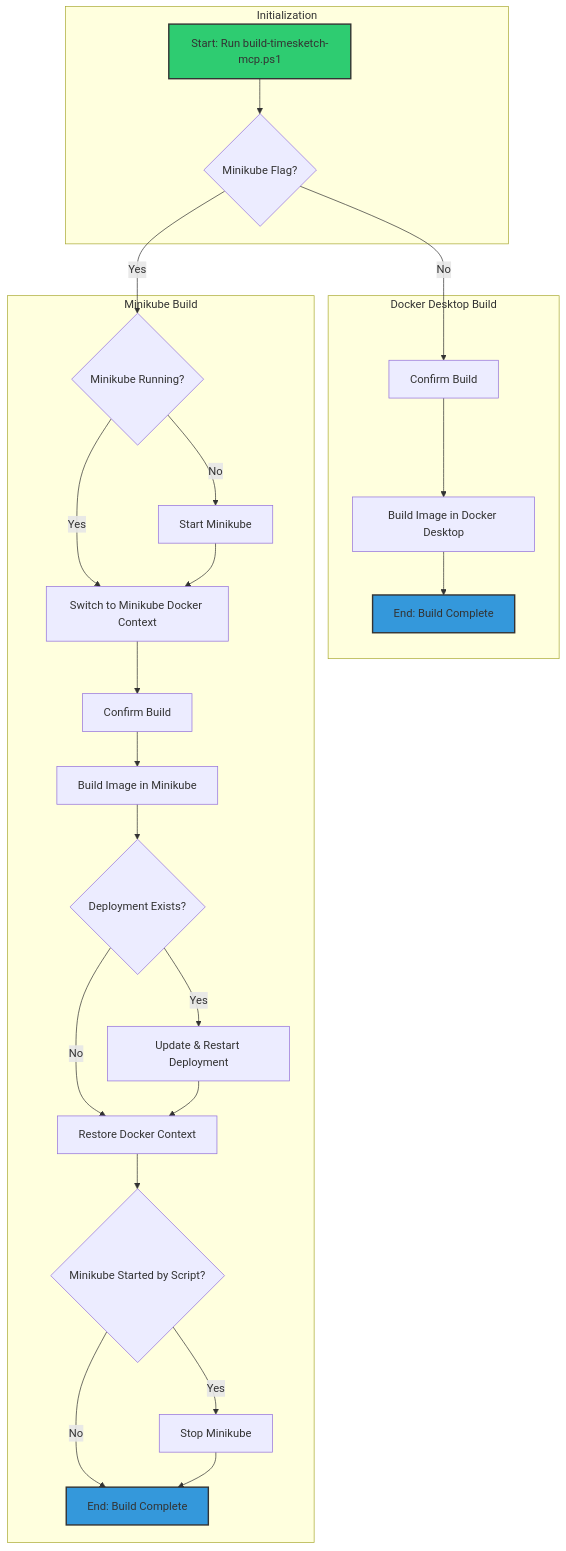
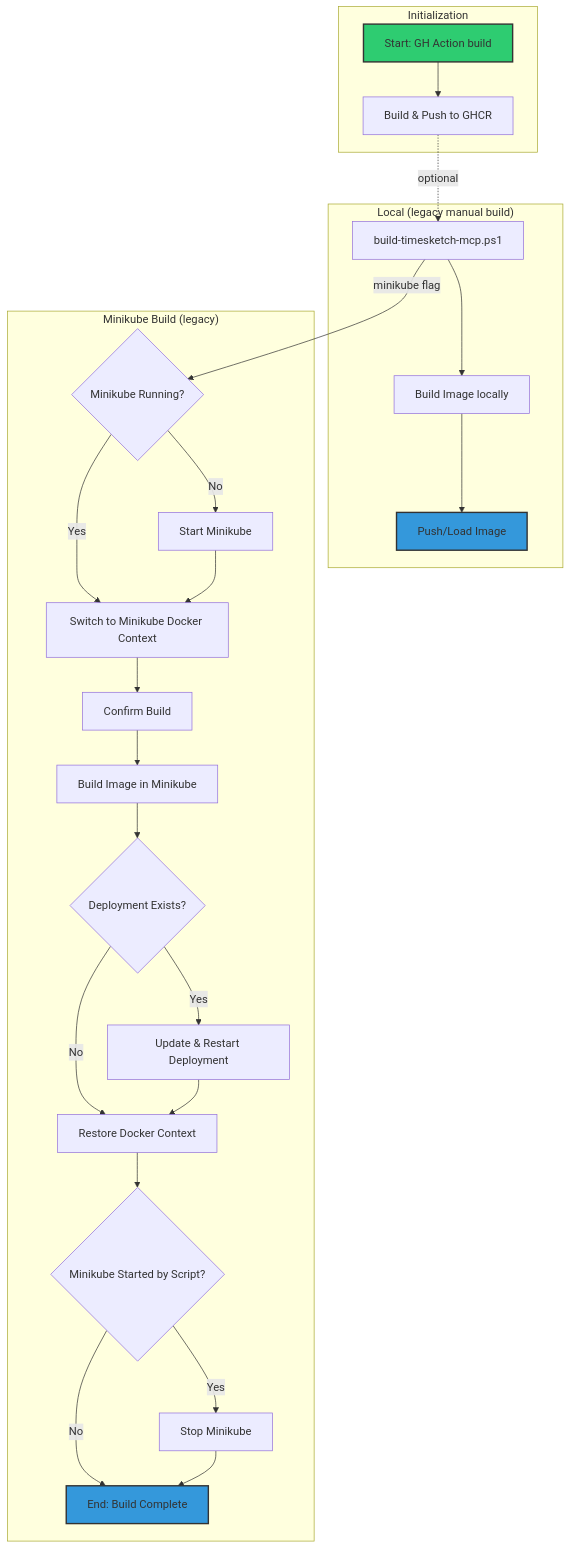
Before and after one commit to kev365/OSDFIR-Lab: the diagram in docs/flowchart-timesketch-mcp-builder.mmd, drawn with Mermaid. The commit also changed 33 other files, not shown here.

First line of the commit message:
feat: Refactor to use upstream helm chart with custom add-ons

```diff
--- a/docs/flowchart-timesketch-mcp-builder.mmd
+++ b/docs/flowchart-timesketch-mcp-builder.mmd
@@ -1,31 +1,31 @@
 graph TD
     subgraph Initialization
-        A[Start: Run build-timesketch-mcp.ps1] --> B{Minikube Flag?};
+        A[Start: GH Action build] --> B[Build & Push to GHCR];
     end
 
-    subgraph "Docker Desktop Build"
-        B -- No --> C[Confirm Build];
-        C --> D[Build Image in Docker Desktop];
-        D --> E[End: Build Complete];
+    subgraph "Local (legacy manual build)"
+        B -. optional .-> C[build-timesketch-mcp.ps1];
+        C --> D[Build Image locally];
+        D --> E[Push/Load Image];
     end
 
-    subgraph "Minikube Build"
-        B -- Yes --> F{Minikube Running?};
+    subgraph "Minikube Build (legacy)"
+        C -- minikube flag --> F{Minikube Running?};
         F -- No --> G[Start Minikube];
         F -- Yes --> H[Switch to Minikube Docker Context];
         G --> H;
         H --> I[Confirm Build];
         I --> J[Build Image in Minikube];
         J --> K{Deployment Exists?};
         K -- Yes --> L[Update & Restart Deployment];
         K -- No --> M[Restore Docker Context];
         L --> M;
         M --> N{Minikube Started by Script?};
         N -- Yes --> O[Stop Minikube];
         N -- No --> P[End: Build Complete];
         O --> P;
     end
 
     style A fill:#2ecc71,stroke:#333,stroke-width:2px
     style E fill:#3498db,stroke:#333,stroke-width:2px
     style P fill:#3498db,stroke:#333,stroke-width:2px
```
